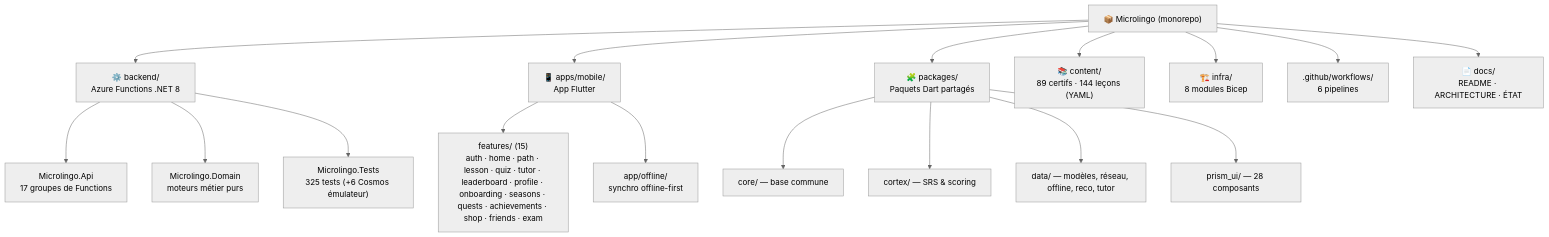
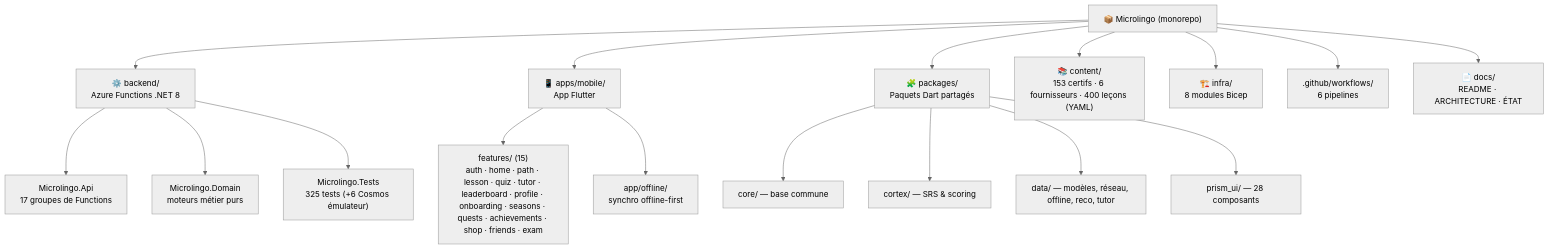
One commit to gaby27072001/certigo changed the first of 5 diagrams in docs/ETAT_DU_PROJET.md. Above: the diagram before and after it, drawn with Mermaid (neutral theme). The commit also changed other lines of this file and 1 other file, not shown here.

````diff
--- a/docs/ETAT_DU_PROJET.md
+++ b/docs/ETAT_DU_PROJET.md
@@ -60,24 +60,24 @@
 ```mermaid
 graph TD
     ROOT["📦 Microlingo (monorepo)"]
 
     ROOT --> BE["⚙️ backend/<br/>Azure Functions .NET 8"]
     ROOT --> APP["📱 apps/mobile/<br/>App Flutter"]
     ROOT --> PKG["🧩 packages/<br/>Paquets Dart partagés"]
-    ROOT --> CNT["📚 content/<br/>89 certifs · 144 leçons (YAML)"]
+    ROOT --> CNT["📚 content/<br/>153 certifs · 6 fournisseurs · 400 leçons (YAML)"]
     ROOT --> INF["🏗️ infra/<br/>8 modules Bicep"]
     ROOT --> CI[".github/workflows/<br/>6 pipelines"]
     ROOT --> DOC["📄 docs/<br/>README · ARCHITECTURE · ÉTAT"]
 
     BE --> API["Microlingo.Api<br/>17 groupes de Functions"]
     BE --> DOM["Microlingo.Domain<br/>moteurs métier purs"]
     BE --> TST["Microlingo.Tests<br/>325 tests (+6 Cosmos émulateur)"]
 
     PKG --> CORE["core/ — base commune"]
     PKG --> CORTEX["cortex/ — SRS & scoring"]
     PKG --> DATA["data/ — modèles, réseau, offline, reco, tutor"]
     PKG --> PRISM["prism_ui/ — 28 composants"]
 
     APP --> FEAT["features/ (15)<br/>auth · home · path · lesson · quiz · tutor · leaderboard · profile · onboarding · seasons · quests · achievements · shop · friends · exam"]
     APP --> OFF["app/offline/<br/>synchro offline-first"]
 ```
````
